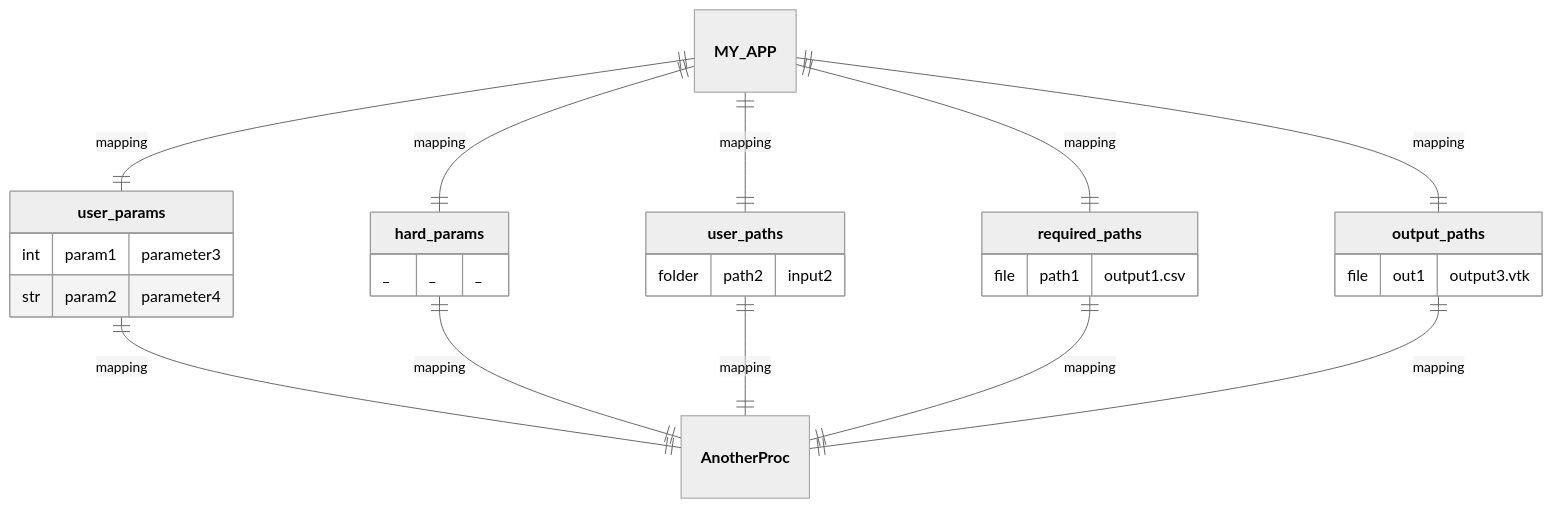
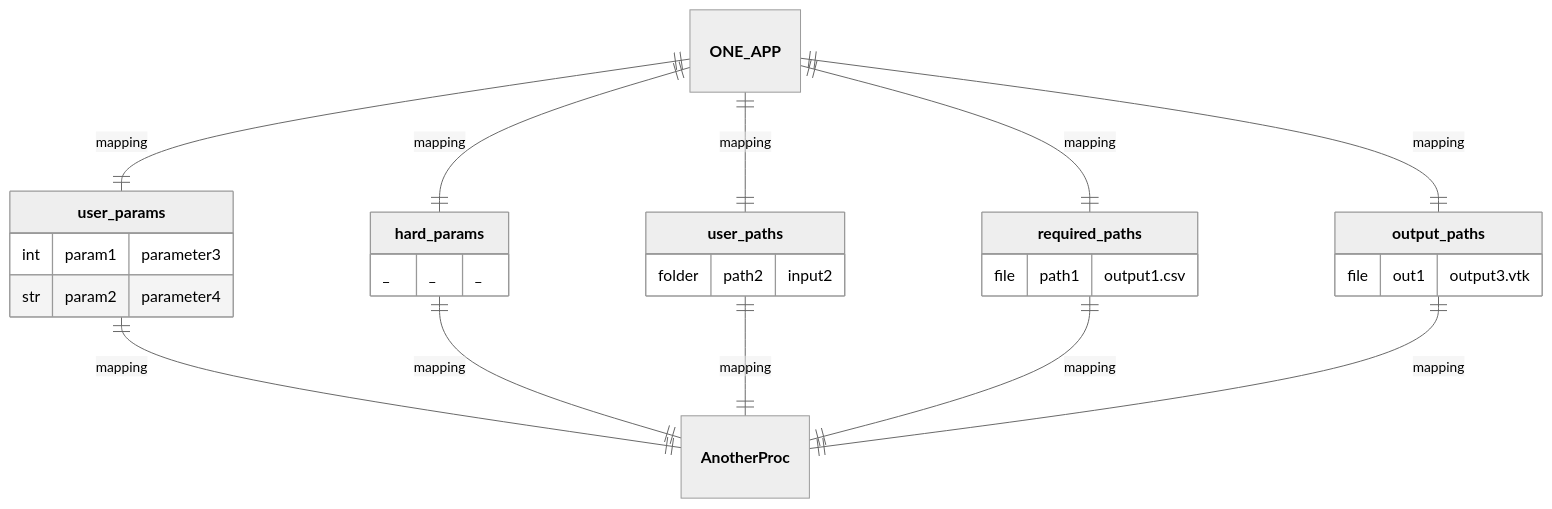
One commit to nuremics/nuremics changed diagram 11 of 17 in README.md. Above: the diagram before and after it, drawn with Mermaid (neutral theme). The commit also changed other lines of this file, not shown here.

````diff
--- a/README.md
+++ b/README.md
@@ -316,30 +316,30 @@
 ```mermaid
 erDiagram
-  **MY_APP** ||--|| **user_params** : mapping
-  **MY_APP** ||--|| **hard_params** : mapping
-  **MY_APP** ||--|| **user_paths** : mapping
-  **MY_APP** ||--|| **required_paths** : mapping
-  **MY_APP** ||--|| **output_paths** : mapping
+  **ONE_APP** ||--|| **user_params** : mapping
+  **ONE_APP** ||--|| **hard_params** : mapping
+  **ONE_APP** ||--|| **user_paths** : mapping
+  **ONE_APP** ||--|| **required_paths** : mapping
+  **ONE_APP** ||--|| **output_paths** : mapping
   **user_params** ||--|| **AnotherProc** : mapping
   **hard_params** ||--|| **AnotherProc** : mapping
   **user_paths** ||--|| **AnotherProc** : mapping
   **required_paths** ||--|| **AnotherProc** : mapping
   **output_paths** ||--|| **AnotherProc** : mapping
 
   **user_params** {
     int param1 "parameter3"
     str param2 "parameter4"
   }
   **hard_params** {
     _ _ "_"
   }
   **user_paths** {
     folder path2 "input2"
   }
   **required_paths** {
     file path1 "output1.csv"
   }
   **output_paths** {
     file out1 "output3.vtk"
   }
 ```
````
